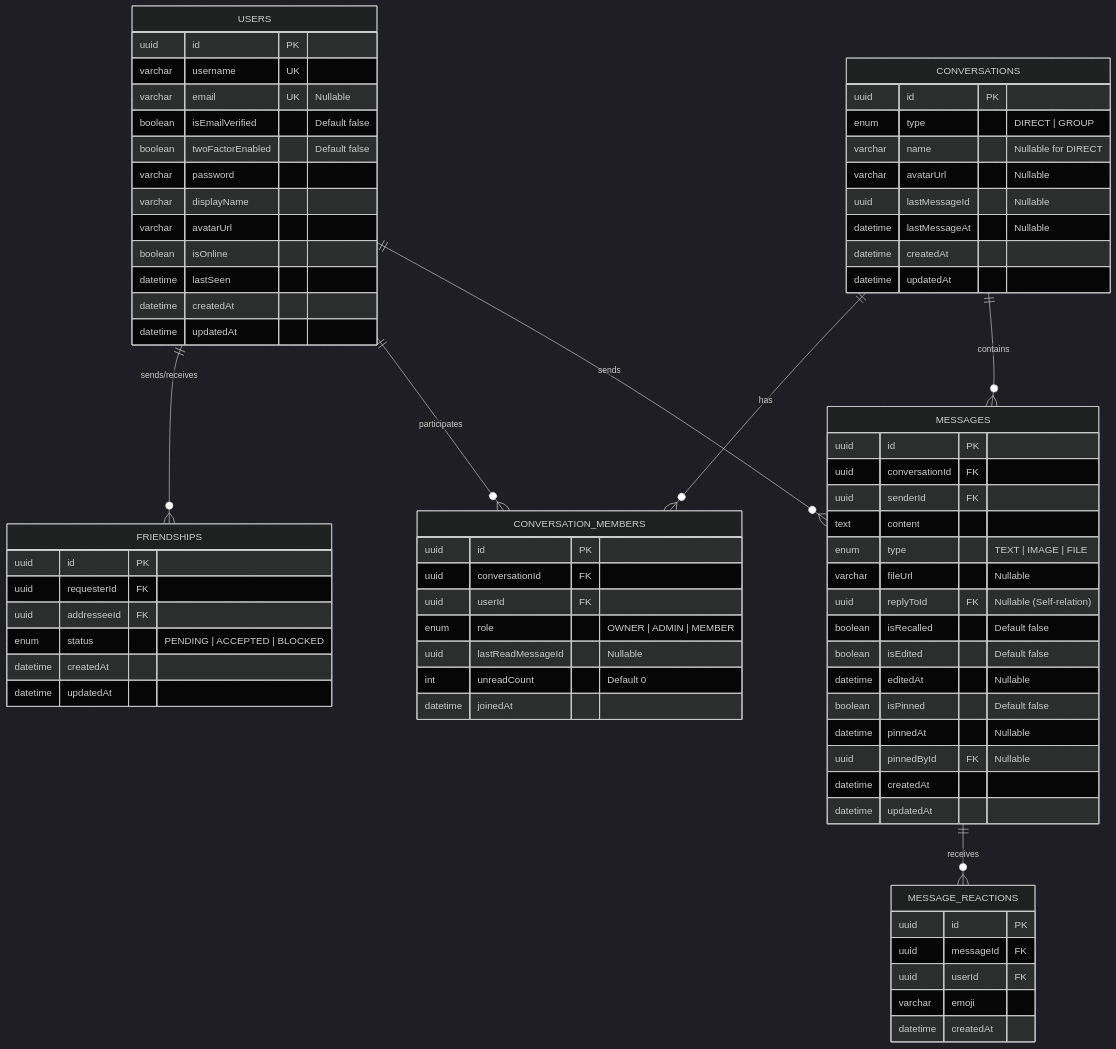
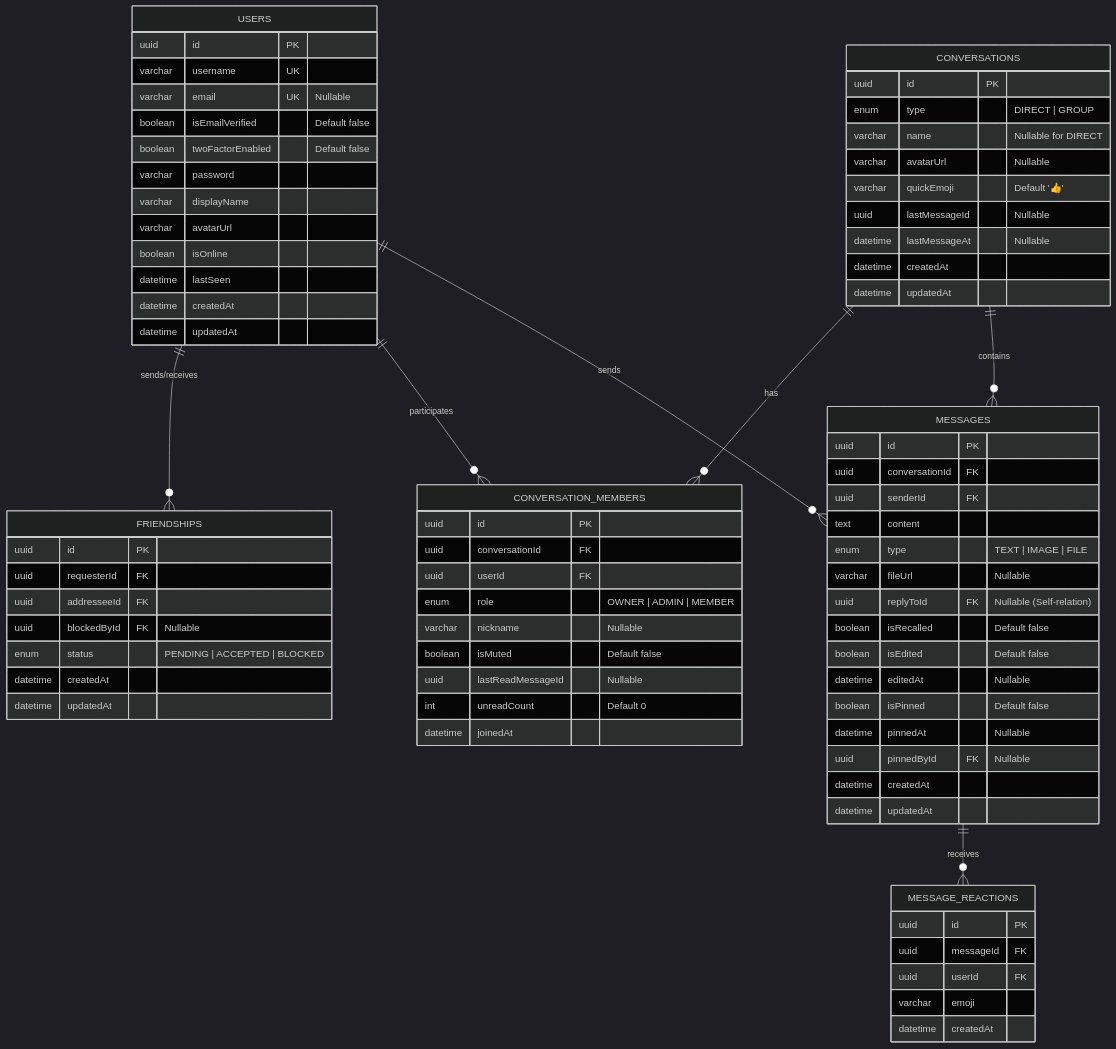
Before and after one commit to longtrandev2/ReChat: the diagram in docs/SPEC.md, drawn with Mermaid (dark theme). The commit also changed other lines of this file and 10 other files, not shown here.

Commit message:
feat(chat): implement composer emoji picker, quick emoji, drag-and-drop upload and file validation

```diff
--- a/docs/SPEC.md
+++ b/docs/SPEC.md
@@ -242,6 +289,7 @@
         uuid id PK
         uuid requesterId FK
         uuid addresseeId FK
+        uuid blockedById FK "Nullable"
         enum status "PENDING | ACCEPTED | BLOCKED"
         datetime createdAt
         datetime updatedAt
@@ -252,6 +300,7 @@
         enum type "DIRECT | GROUP"
         varchar name "Nullable for DIRECT"
         varchar avatarUrl "Nullable"
+        varchar quickEmoji "Default '👍'"
         uuid lastMessageId "Nullable"
         datetime lastMessageAt "Nullable"
         datetime createdAt
@@ -263,6 +312,8 @@
         uuid conversationId FK
         uuid userId FK
         enum role "OWNER | ADMIN | MEMBER"
+        varchar nickname "Nullable"
+        boolean isMuted "Default false"
         uuid lastReadMessageId "Nullable"
         int unreadCount "Default 0"
         datetime joinedAt
```
